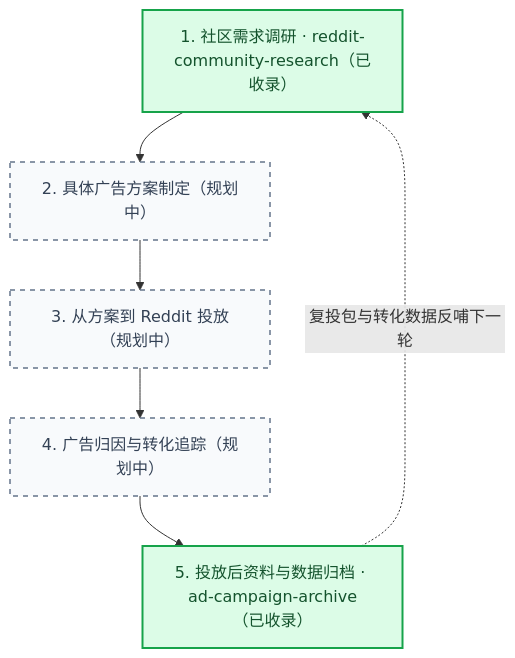
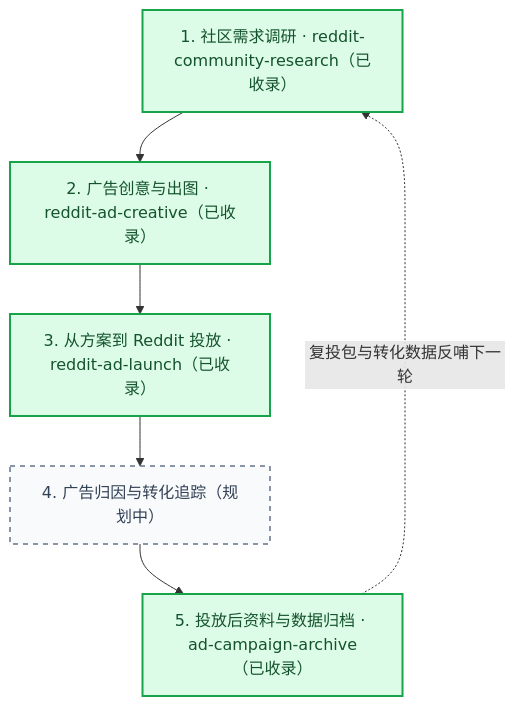
The first of 6 diagrams in README.md (ezra-y/reddit-ad-workflow-skills), drawn with Mermaid before and after one commit. The commit also changed other lines of this file and 20 other files, not shown here.

Commit message:
feat: add reddit-ad-creative and reddit-ad-launch skills and update workflow docs

````diff
--- a/README.md
+++ b/README.md
@@ -7,19 +7,19 @@
 ```mermaid
 flowchart TD
     S1["1. 社区需求调研 · reddit-community-research（已收录）"]
-    S2["2. 具体广告方案制定（规划中）"]
-    S3["3. 从方案到 Reddit 投放（规划中）"]
+    S2["2. 广告创意与出图 · reddit-ad-creative（已收录）"]
+    S3["3. 从方案到 Reddit 投放 · reddit-ad-launch（已收录）"]
     S4["4. 广告归因与转化追踪（规划中）"]
     S5["5. 投放后资料与数据归档 · ad-campaign-archive（已收录）"]
 
     S1 --> S2
     S2 --> S3
     S3 --> S4
     S4 --> S5
     S5 -.->|"复投包与转化数据反哺下一轮"| S1
 
     classDef ready fill:#DCFCE7,stroke:#16A34A,stroke-width:2px,color:#14532D
     classDef planned fill:#F8FAFC,stroke:#64748B,stroke-width:1.5px,stroke-dasharray: 5 5,color:#334155
-    class S1,S5 ready
-    class S2,S3,S4 planned
+    class S1,S2,S3,S5 ready
+    class S4 planned
 ```
````
